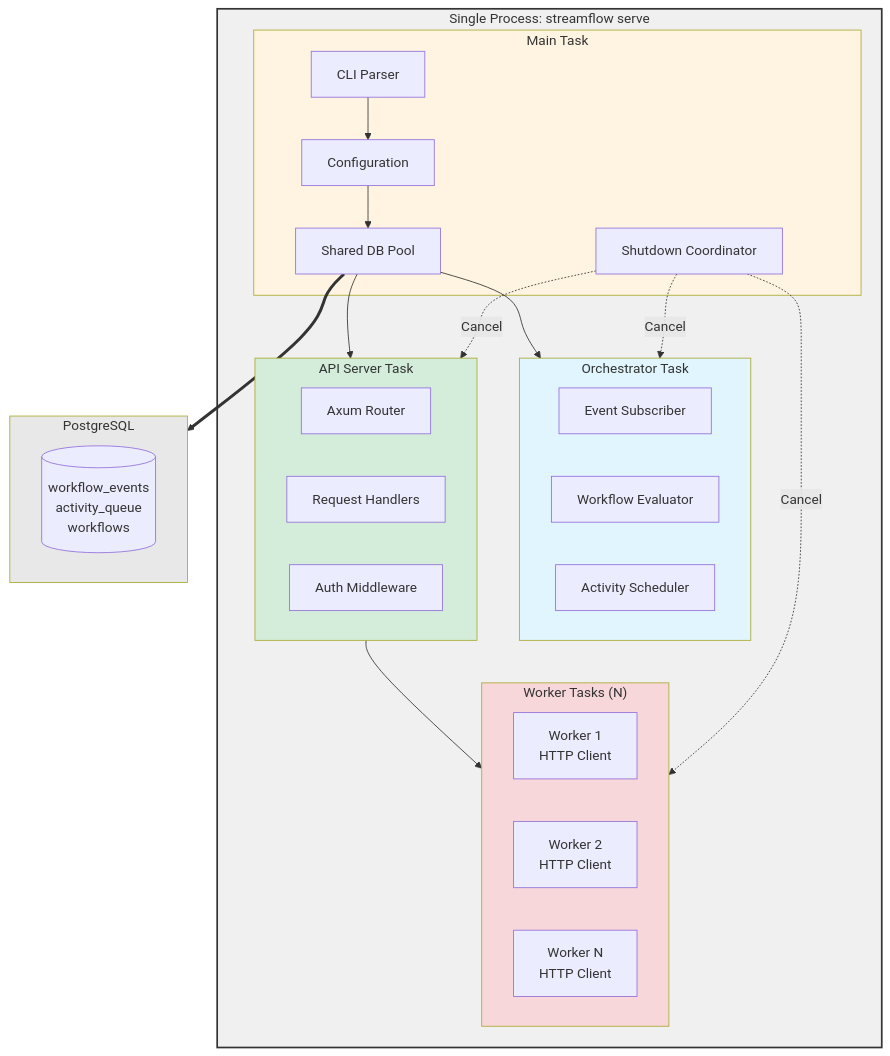
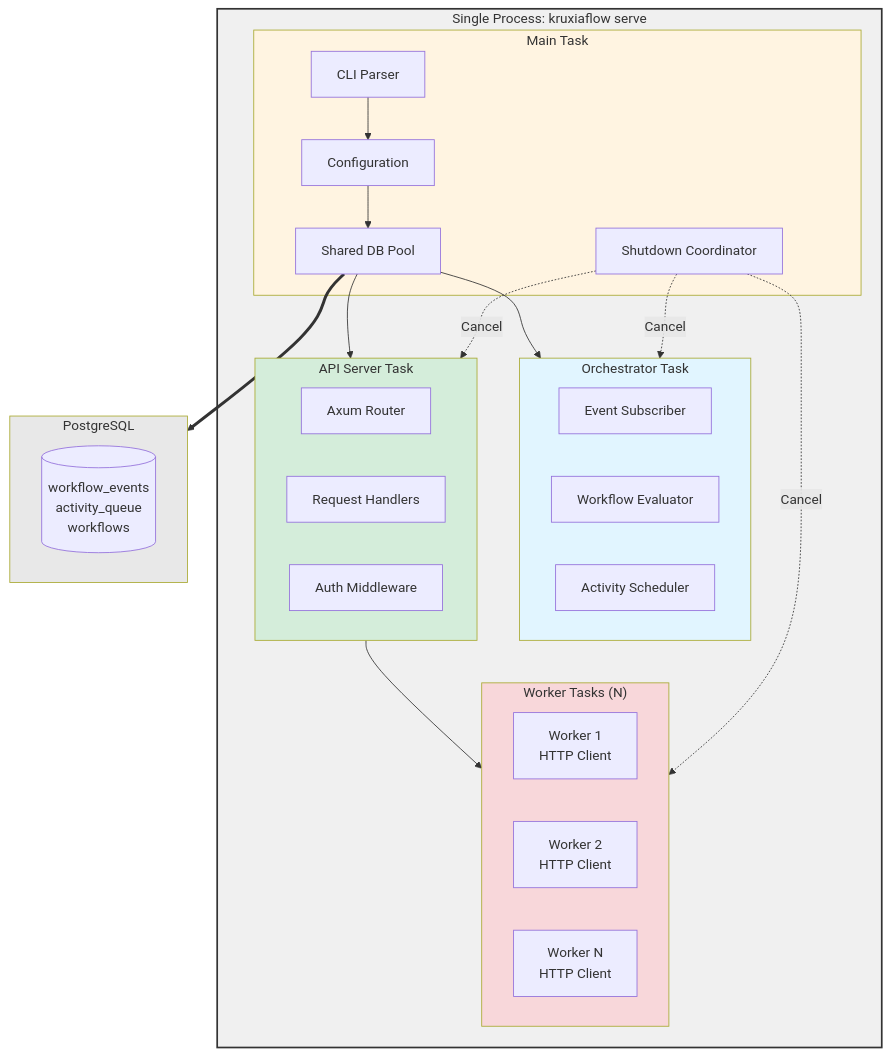
The second of 3 diagrams in docs/implementation/US-1C.2-all-in-one-launcher.md (kruxia/kruxiaflow), drawn with Mermaid before and after one commit. The commit also changed other lines of this file and 239 other files, not shown here.

Commit message:
Rename StreamFlow => Kruxia Flow

````diff
--- a/docs/implementation/US-1C.2-all-in-one-launcher.md
+++ b/docs/implementation/US-1C.2-all-in-one-launcher.md
@@ -107,53 +107,53 @@
 ```mermaid
 flowchart TB
-    subgraph Process["Single Process: streamflow serve"]
+    subgraph Process["Single Process: kruxiaflow serve"]
         subgraph Main["Main Task"]
             CLI[CLI Parser]
             Config[Configuration]
             Pool[Shared DB Pool]
             Shutdown[Shutdown Coordinator]
         end
 
         subgraph Orchestrator["Orchestrator Task"]
             OE[Event Subscriber]
             OS[Workflow Evaluator]
             OQ[Activity Scheduler]
         end
 
         subgraph API["API Server Task"]
             AR[Axum Router]
             AH[Request Handlers]
             AM[Auth Middleware]
         end
 
         subgraph Workers["Worker Tasks (N)"]
             W1[Worker 1<br/>HTTP Client]
             W2[Worker 2<br/>HTTP Client]
             WN[Worker N<br/>HTTP Client]
         end
 
         Pool --> Orchestrator
         Pool --> API
         CLI --> Config
         Config --> Pool
 
         API --> Workers
 
         Shutdown -.->|Cancel| Orchestrator
         Shutdown -.->|Cancel| API
         Shutdown -.->|Cancel| Workers
     end
 
     subgraph DB["PostgreSQL"]
         Tables[(workflow_events<br/>activity_queue<br/>workflows)]
     end
 
     Pool ==> DB
 
     style Process fill:#f0f0f0,stroke:#333,stroke-width:2px
     style Main fill:#fff4e1
     style Orchestrator fill:#e1f5ff
     style API fill:#d4edda
     style Workers fill:#f8d7da
     style DB fill:#e8e8e8
 ```
````
